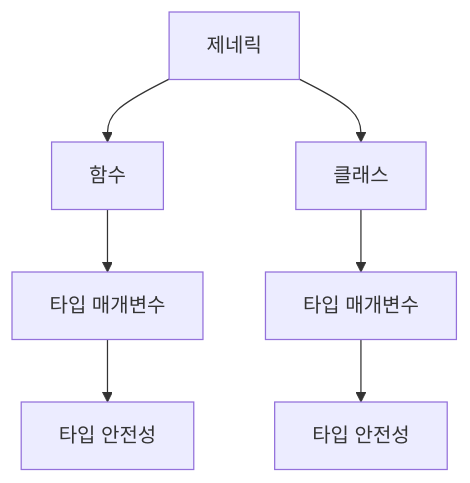
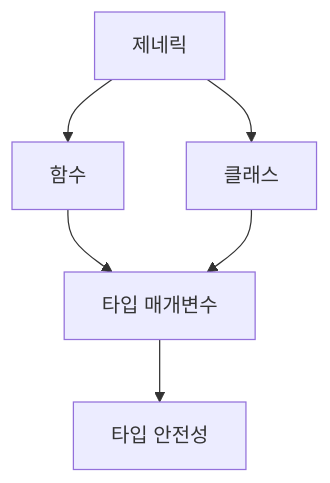
The sixth of 11 diagrams in content/post/2024/2024-08-26-typescript-inference/index.md (42jerrykim/42jerrykim.github.io), drawn with Mermaid before and after one commit. The commit also changed other lines of this file and 239 other files, not shown here.

````diff
--- a/content/post/2024/2024-08-26-typescript-inference/index.md
+++ b/content/post/2024/2024-08-26-typescript-inference/index.md
@@ -484,9 +415,8 @@
 ```mermaid
-graph TD;
-    A[제네릭] --> B[함수];
-    A --> C[클래스];
-    B --> D[타입 매개변수];
-    C --> E[타입 매개변수];
-    D --> F[타입 안전성];
-    E --> G[타입 안전성];
+graph TD
+    Generics["제네릭"] --> FuncNode["함수"]
+    Generics --> ClassNode["클래스"]
+    FuncNode --> TypeParam["타입 매개변수"]
+    ClassNode --> TypeParam
+    TypeParam --> GenTypeSafety["타입 안전성"]
 ```
````
